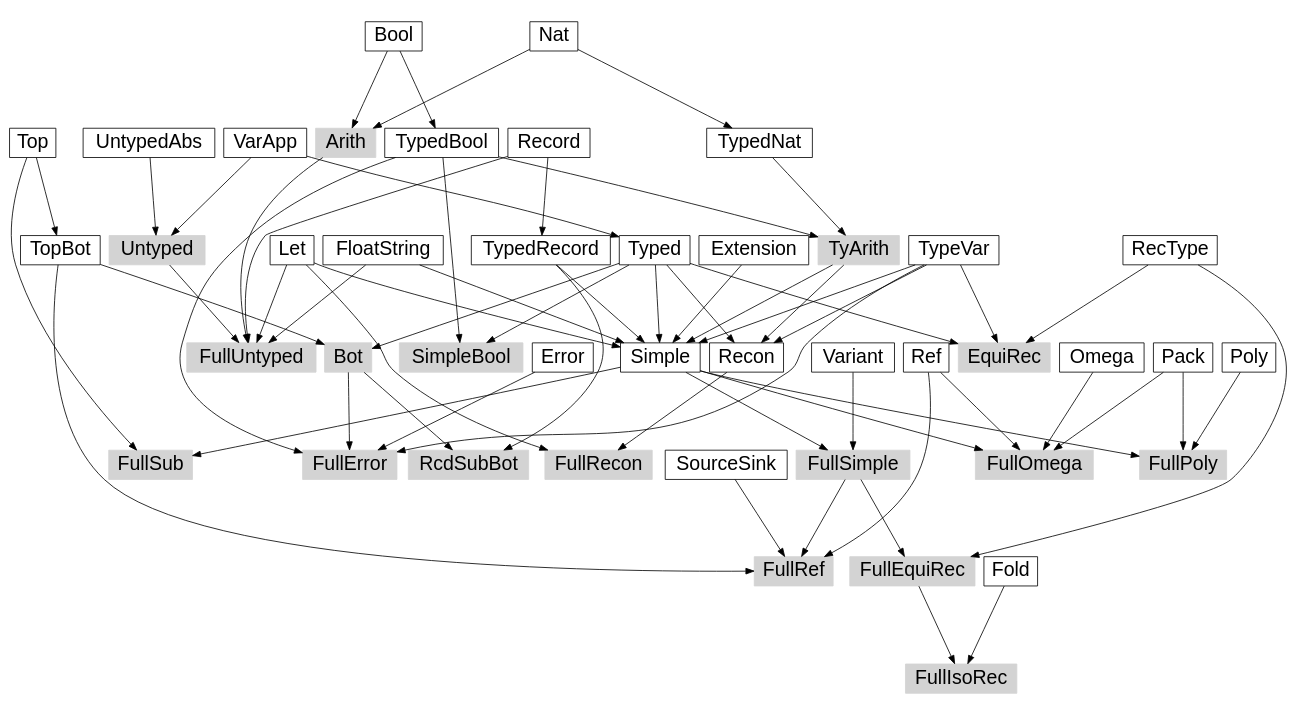
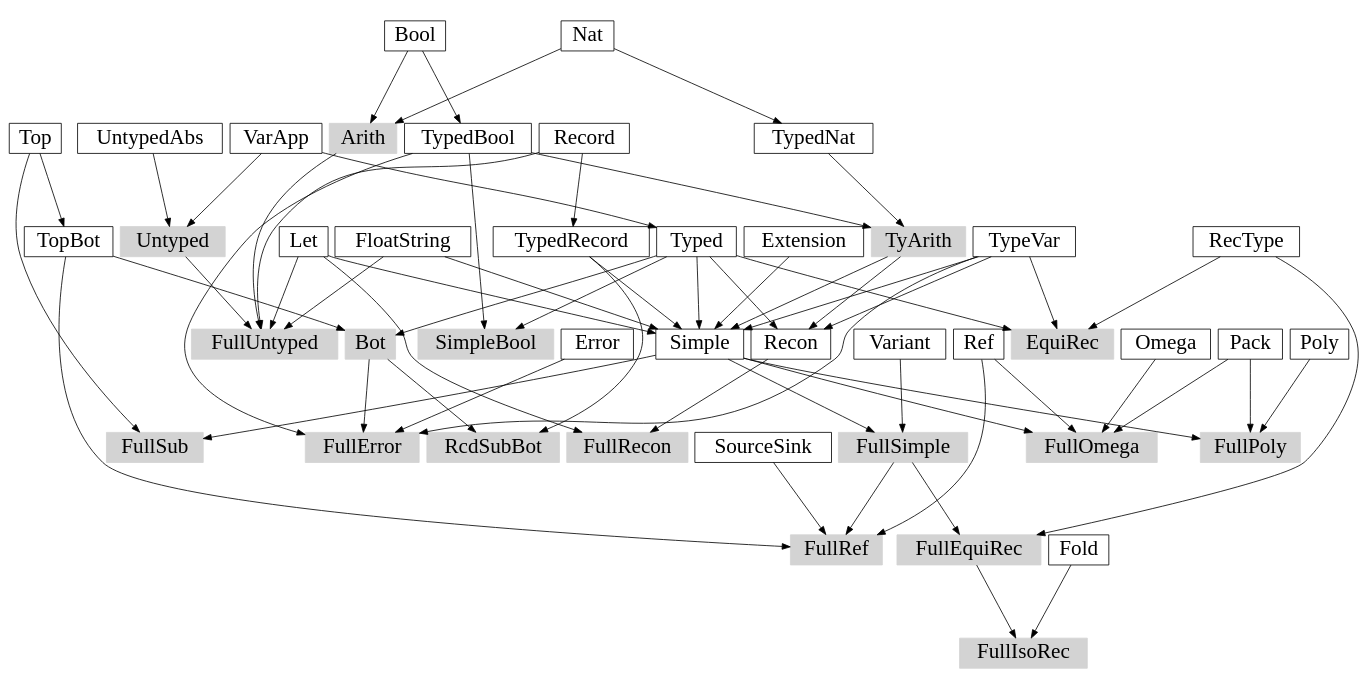
One commit to hy-zhang/parser changed the diagram in paper/depGraph.dot. Above: the diagram before and after it, drawn with Graphviz. The commit also changed 2 other files, not shown here.

Commit message:
Graph in case study

```diff
--- a/paper/depGraph.dot
+++ b/paper/depGraph.dot
@@ -1,77 +1,78 @@
 digraph G {
-    ratio=0.55;
-    //size="10,4";
-    nodesep=0.15;
+    ratio=0.5;
+    //size="7.2,4";
+    nodesep=0.12;
+    margin=0;
 
-    node[fontname=Helvetica, fontsize=24, shape=box];
+    node[fontsize=26, shape=box];
 
     {
         node[style=filled, color=lightgray];
 
         Arith;
         Untyped;
         FullUntyped;
         TyArith;
         SimpleBool;
         FullSimple;
         Bot;
         FullRef;
         FullError;
         RcdSubBot;
         FullSub;
         FullEquiRec;
         FullIsoRec;
         EquiRec;
         FullRecon;
         FullPoly;
         FullOmega;
     }
 
     Bool, Nat -> Arith;
 
     VarApp, UntypedAbs -> Untyped;
 
     Arith, Untyped, Record, FloatString, Let -> FullUntyped;
 
     Bool -> TypedBool;
 
     Nat -> TypedNat;
 
     TypedBool, TypedNat -> TyArith;
 
     VarApp -> Typed;
 
     Typed, TypedBool -> SimpleBool;
 
     Record -> TypedRecord;
 
     TyArith, Typed, FloatString, Let, TypedRecord, Extension, TypeVar -> Simple;
 
     Simple, Variant -> FullSimple;
 
     Top -> TopBot;
 
     Typed, TopBot -> Bot;
 
     FullSimple, TopBot, Ref, SourceSink -> FullRef;
 
     Bot, TypedBool, Error, TypeVar -> FullError;
 
     Bot, TypedRecord -> RcdSubBot;
 
     Simple, Top -> FullSub;
 
     FullSimple, RecType -> FullEquiRec;
 
     FullEquiRec, Fold -> FullIsoRec;
 
     Typed, RecType, TypeVar -> EquiRec;
 
     Typed, TyArith, TypeVar -> Recon;
 
     Recon, Let -> FullRecon;
 
     Simple, Pack, Poly -> FullPoly;
 
     Simple, Ref, Pack, Omega -> FullOmega;
 }
```
